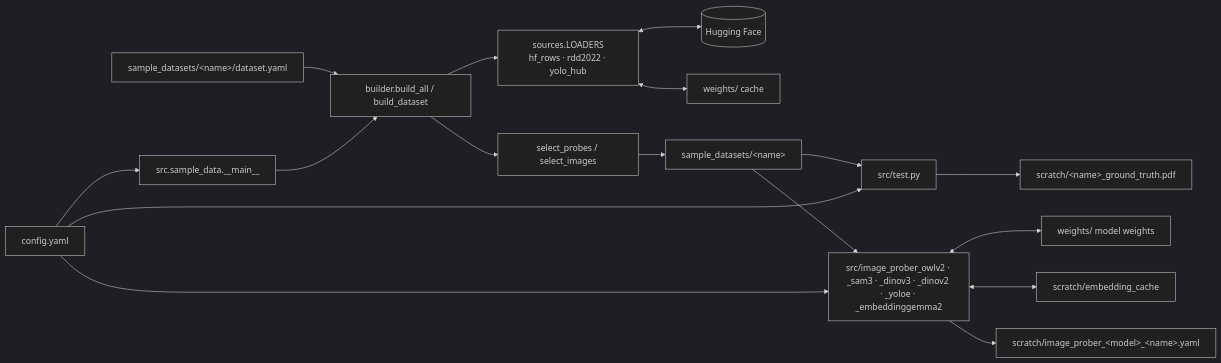
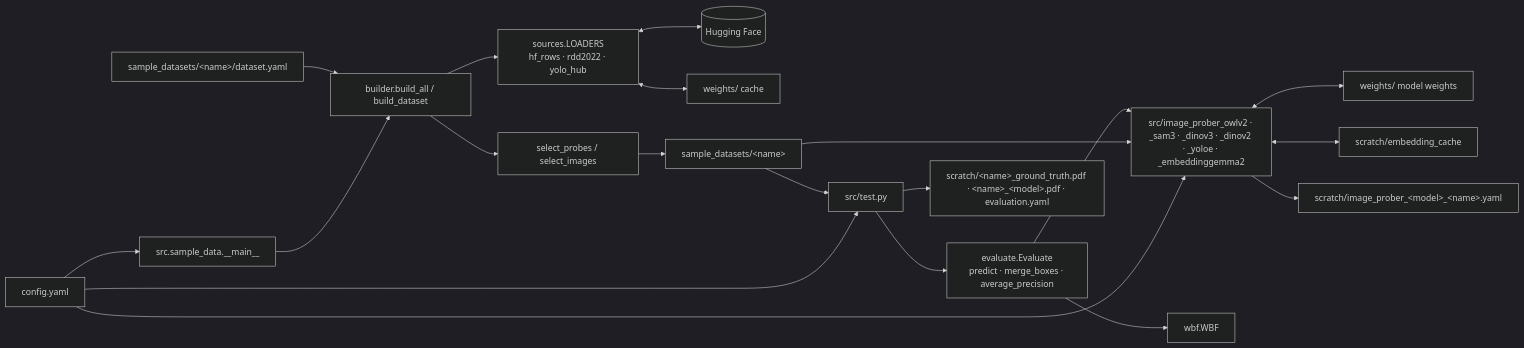
One commit to michael-mayo/autolabelling_via_embeddings changed the first of 2 diagrams in README.md. Above: the diagram before and after it, drawn with Mermaid (dark theme). The commit also changed other lines of this file and 5 other files, not shown here.

````diff
--- a/README.md
+++ b/README.md
@@ -235,19 +259,22 @@
 ```mermaid
 flowchart LR
     config[config.yaml] --> main["src.sample_data.__main__"]
     dsyaml["sample_datasets/&lt;name&gt;/dataset.yaml"] --> builder
     main --> builder["builder.build_all / build_dataset"]
     builder --> sources["sources.LOADERS<br/>hf_rows · rdd2022 · yolo_hub"]
     sources <--> hf[(Hugging Face)]
     sources <--> cache[weights/ cache]
     builder --> select["select_probes / select_images"]
     select --> out[sample_datasets/&lt;name&gt;]
     out --> test[src/test.py]
     config --> test
-    test --> pdf[scratch/&lt;name&gt;_ground_truth.pdf]
+    test --> evaluate["evaluate.Evaluate<br/>predict · merge_boxes · average_precision"]
+    evaluate --> probers
+    evaluate --> wbf[wbf.WBF]
+    test --> pdf["scratch/&lt;name&gt;_ground_truth.pdf · &lt;name&gt;_&lt;model&gt;.pdf · evaluation.yaml"]
     out --> probers["src/image_prober_owlv2 · _sam3 · _dinov3 · _dinov2 · _yoloe · _embeddinggemma2"]
     config --> probers
     probers <--> weights[weights/ model weights]
     probers <--> ecache[scratch/embedding_cache]
     probers --> report[scratch/image_prober_&lt;model&gt;_&lt;name&gt;.yaml]
 ```
````
